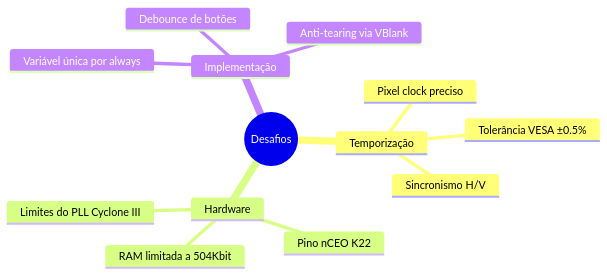
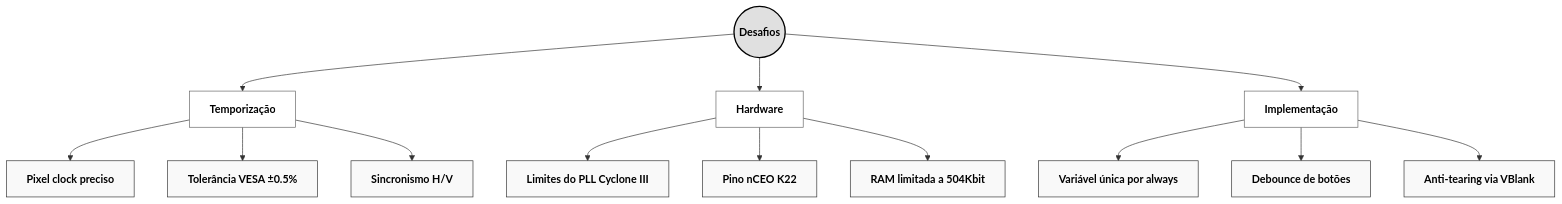
The diagram in docs/introducao.md (therajora/fpga-vga-controller), drawn with Mermaid before and after one commit. The commit also changed 21 other files, not shown here.

````diff
--- a/docs/introducao.md
+++ b/docs/introducao.md
@@ -28,16 +28,29 @@
 ```{mermaid}
-mindmap
-  root((Desafios))
-    Temporização
-      Pixel clock preciso
-      Tolerância VESA ±0.5%
-      Sincronismo H/V
-    Hardware
-      Limites do PLL Cyclone III
-      Pino nCEO K22
-      RAM limitada a 504Kbit
-    Implementação
-      Variável única por always
-      Debounce de botões
-      Anti-tearing via VBlank
+graph TD
+    %% Estilo Global Sóbrio
+    classDef default fill:#f9f9f9,stroke:#333,stroke-width:1px,color:#000;
+    classDef root fill:#e0e0e0,stroke:#000,stroke-width:2px,font-weight:bold;
+    classDef cat fill:#ffffff,stroke:#666,stroke-width:1px,font-weight:bold;
+
+    ROOT((Desafios)):::root
+
+    %% Categorias
+    ROOT --> TEMP[Temporização]:::cat
+    ROOT --> HARD[Hardware]:::cat
+    ROOT --> IMPL[Implementação]:::cat
+
+    %% Detalhes Temporização
+    TEMP --> T1[Pixel clock preciso]
+    TEMP --> T2[Tolerância VESA ±0.5%]
+    TEMP --> T3[Sincronismo H/V]
+
+    %% Detalhes Hardware
+    HARD --> H1[Limites do PLL Cyclone III]
+    HARD --> H2[Pino nCEO K22]
+    HARD --> H3[RAM limitada a 504Kbit]
+
+    %% Detalhes Implementação
+    IMPL --> I1[Variável única por always]
+    IMPL --> I2[Debounce de botões]
+    IMPL --> I3[Anti-tearing via VBlank]
 ```
````
